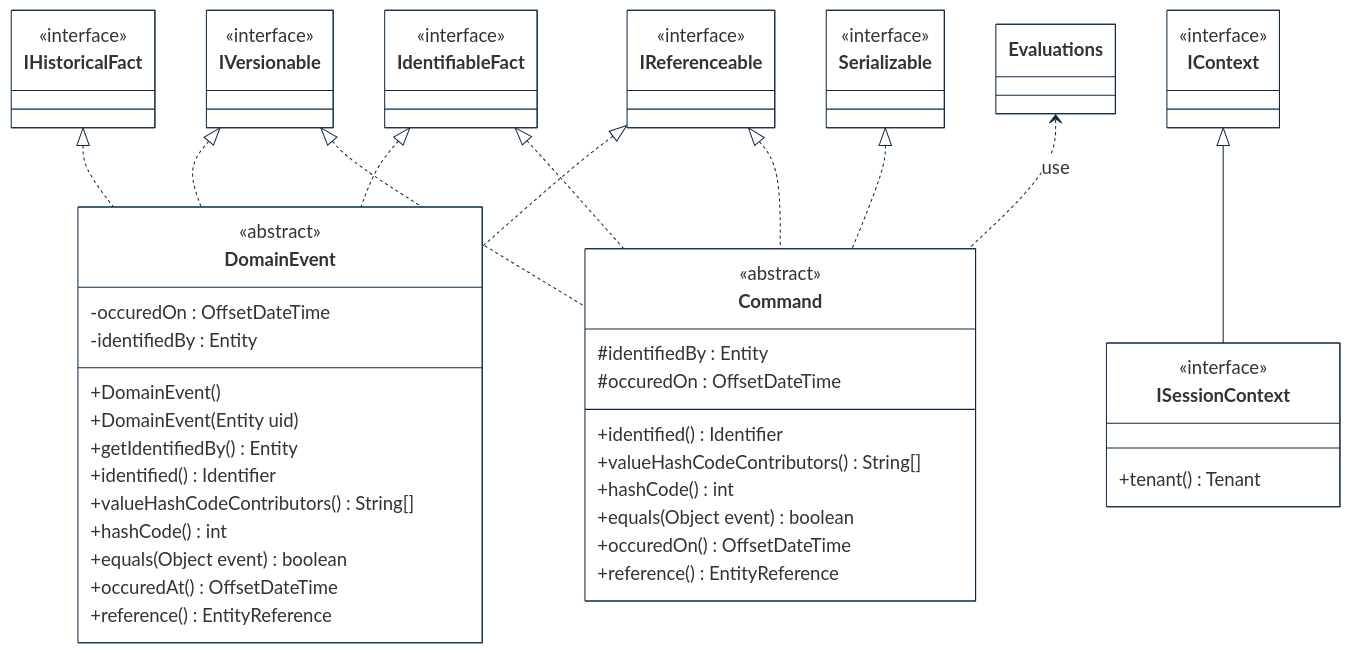
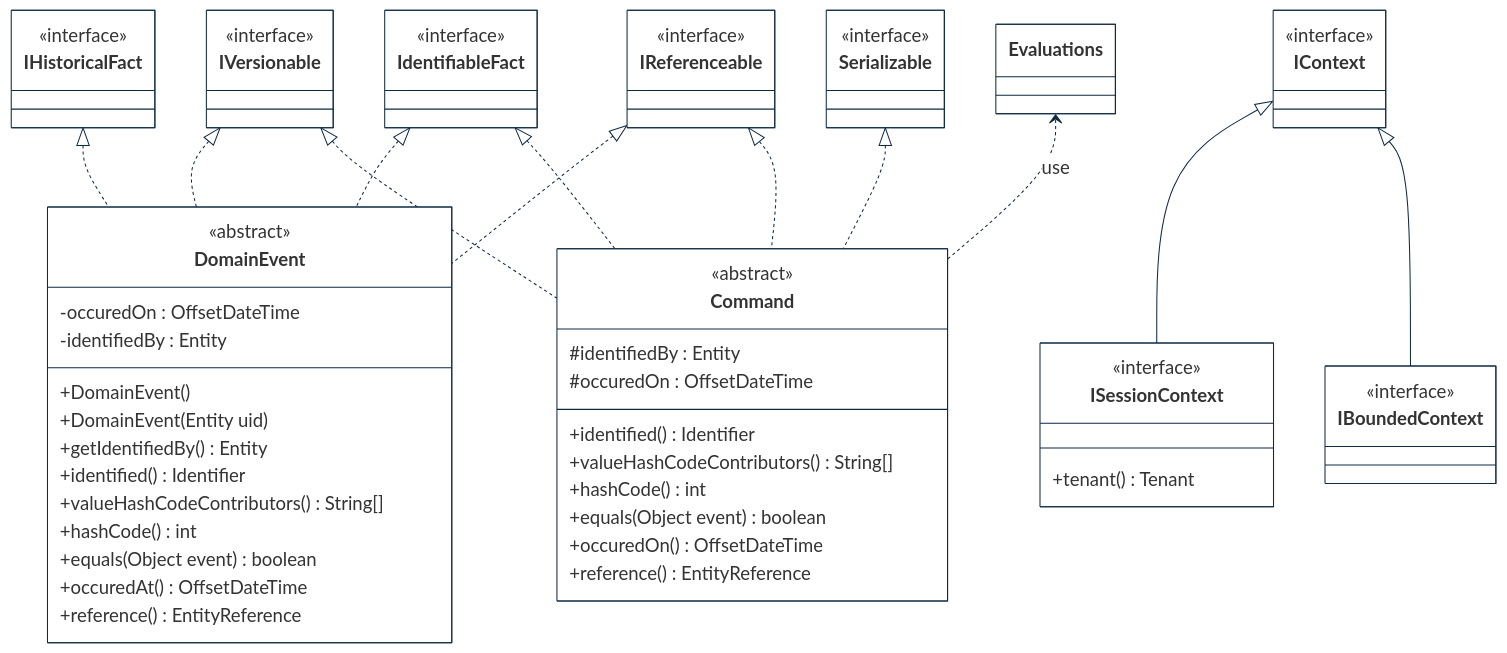
The first of 7 diagrams in implementations-line/framework/domain/designview-packages.md (cybnity/foundation), drawn with Mermaid before and after one commit.

````diff
--- a/implementations-line/framework/domain/designview-packages.md
+++ b/implementations-line/framework/domain/designview-packages.md
@@ -7,79 +7,83 @@
 ```mermaid
 %%{
   init: {
     'theme': 'base',
     'themeVariables': {
         'background': '#ffffff',
         'fontFamily': 'arial',
         'fontSize': '18px',
         'primaryColor': '#fff',
         'primaryBorderColor': '#0e2a43',
         'secondaryBorderColor': '#0e2a43',
         'tertiaryBorderColor': '#0e2a43',
         'edgeLabelBackground':'#0e2a43',
         'lineColor': '#0e2a43',
         'tertiaryColor': '#fff'
     }
   }
 }%%
 classDiagram
     IHistoricalFact <|.. DomainEvent
     IVersionable <|.. DomainEvent
     IReferenceable <|.. DomainEvent
     IdentifiableFact <|.. DomainEvent
     IdentifiableFact <|.. Command
     IVersionable <|.. Command
     Serializable <|.. Command
     IReferenceable <|.. Command
     Evaluations <.. Command : use
     IContext <|-- ISessionContext
+    IContext <|-- IBoundedContext
 
     class DomainEvent {
         <<abstract>>
         -occuredOn : OffsetDateTime
         -identifiedBy : Entity
         +DomainEvent()
         +DomainEvent(Entity uid)
         +getIdentifiedBy() Entity
         +identified() Identifier
         +valueHashCodeContributors() String[]
         +hashCode() int
         +equals(Object event) boolean
         +occuredAt() OffsetDateTime
         +reference() EntityReference
     }
     class IHistoricalFact {
         <<interface>>
     }
     class IdentifiableFact {
         <<interface>>
     }
     class IVersionable {
         <<interface>>
     }
     class IContext {
         <<interface>>
     }
+    class IBoundedContext {
+        <<interface>>
+    }
     class Serializable {
         <<interface>>
     }
     class IReferenceable {
         <<interface>>
     }
     class ISessionContext {
         <<interface>>
         +tenant() Tenant
     }
     class Command {
         <<abstract>>
         #identifiedBy : Entity
         #occuredOn : OffsetDateTime
         +identified() Identifier
         +valueHashCodeContributors() String[]
         +hashCode() int
         +equals(Object event) boolean
         +occuredOn() OffsetDateTime
         +reference() EntityReference
     }
 
 ```
````
